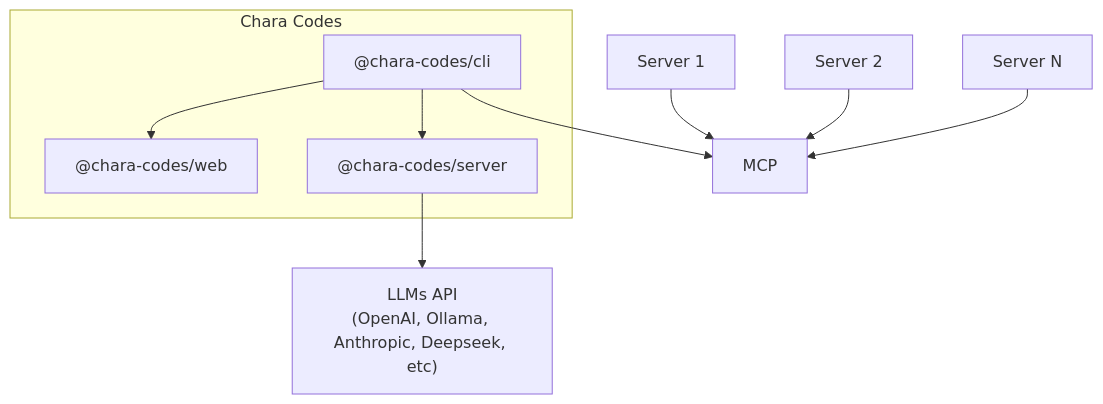
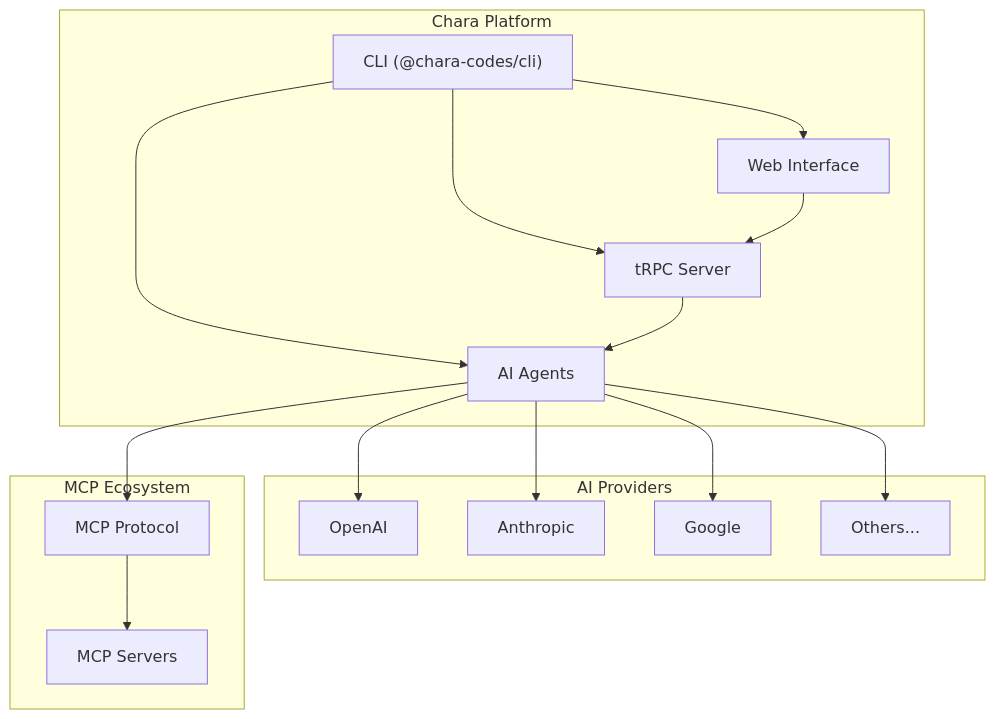
Before and after one commit to chara-codes/chara: the diagram in README.md, drawn with Mermaid. The commit also changed other lines of this file and 15 other files, not shown here.

````diff
--- a/README.md
+++ b/README.md
@@ -127,24 +227,33 @@
 ```mermaid
 graph TD
-    subgraph "Chara Codes"
-        Web["@chara-codes/web"]
-        CLI["@chara-codes/cli"]
-        Server["@chara-codes/server"]
+    subgraph "Chara Platform"
+        CLI["CLI (@chara-codes/cli)"]
+        Web["Web Interface"]
+        Server["tRPC Server"]
+        Agents["AI Agents"]
     end
 
-    LLMs["LLMs API<br/>(OpenAI, Ollama, Anthropic, Deepseek, etc)"]
-    MCP["MCP"]
+    subgraph "AI Providers"
+        OpenAI["OpenAI"]
+        Anthropic["Anthropic"]
+        Google["Google"]
+        Others["Others..."]
+    end
 
-    Server1["Server 1"]
-    Server2["Server 2"]
-    ServerN["Server N"]
+    subgraph "MCP Ecosystem"
+        MCP["MCP Protocol"]
+        MCPServers["MCP Servers"]
+    end
 
-    Server1 --> MCP
-    Server2 --> MCP
-    ServerN --> MCP
-
-    CLI --> MCP
     CLI --> Server
-    Server --> LLMs
+    CLI --> Agents
     CLI --> Web
+    Web --> Server
+    Server --> Agents
+    Agents --> OpenAI
+    Agents --> Anthropic
+    Agents --> Google
+    Agents --> Others
+    Agents --> MCP
+    MCP --> MCPServers
 ```
````
